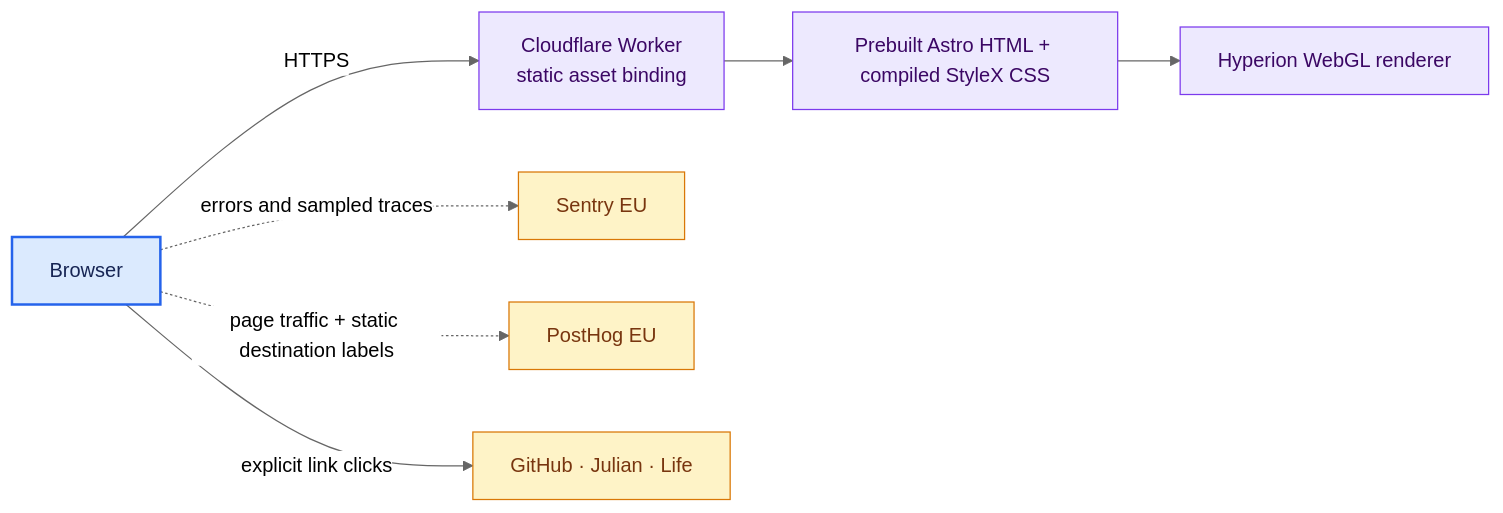
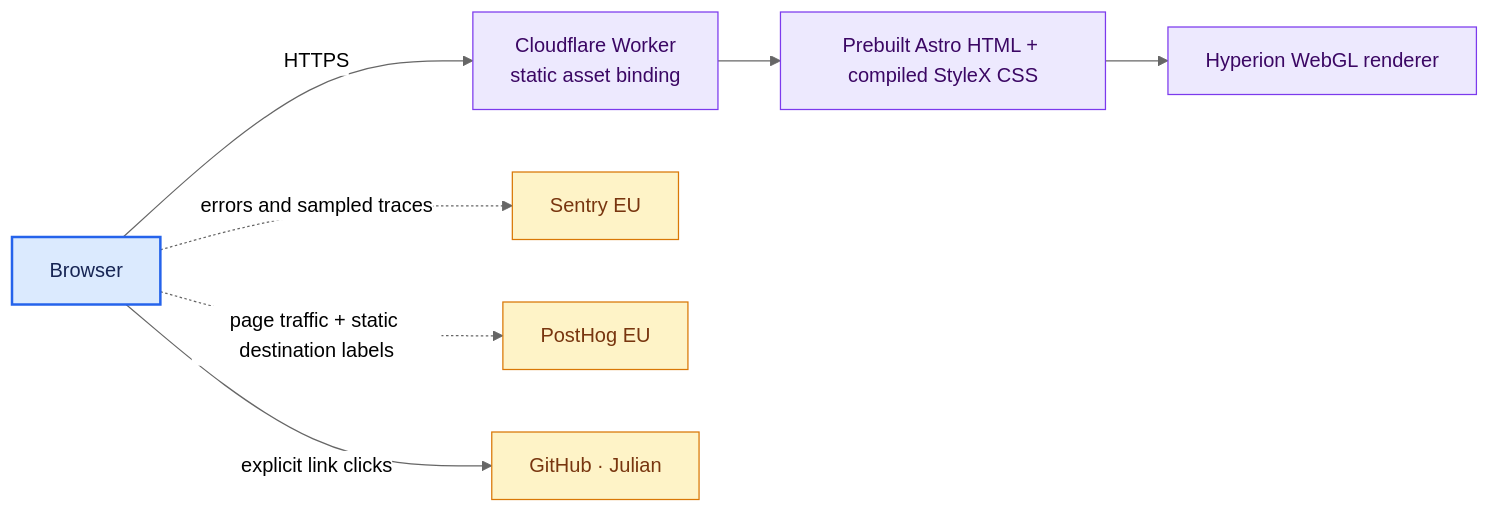
One commit to krmznkr/me changed the first of 4 diagrams in docs/architecture.md. Above: the diagram before and after it, drawn with Mermaid (neutral theme). The commit also changed other lines of this file and 4 other files, not shown here.

````diff
--- a/docs/architecture.md
+++ b/docs/architecture.md
@@ -10,23 +10,23 @@
 ```mermaid
 flowchart LR
   visitor["Browser"]
   edge["Cloudflare Worker<br/>static asset binding"]
   html["Prebuilt Astro HTML + compiled StyleX CSS"]
   hyperion["Hyperion WebGL renderer"]
   sentry["Sentry EU"]
   posthog["PostHog EU"]
-  external["GitHub · Julian · Life"]
+  external["GitHub · Julian"]
 
   visitor -->|"HTTPS"| edge --> html
   html --> hyperion
   visitor -->|"explicit link clicks"| external
   visitor -. errors and sampled traces .-> sentry
   visitor -. page traffic + static destination labels .-> posthog
 
   classDef client fill:#dbeafe,stroke:#2563eb,color:#172554,stroke-width:2px
   classDef edgeNode fill:#ede9fe,stroke:#7c3aed,color:#3b0764
   classDef externalNode fill:#fef3c7,stroke:#d97706,color:#78350f
   class visitor client
   class edge,html,hyperion edgeNode
   class sentry,posthog,external externalNode
 ```
````
